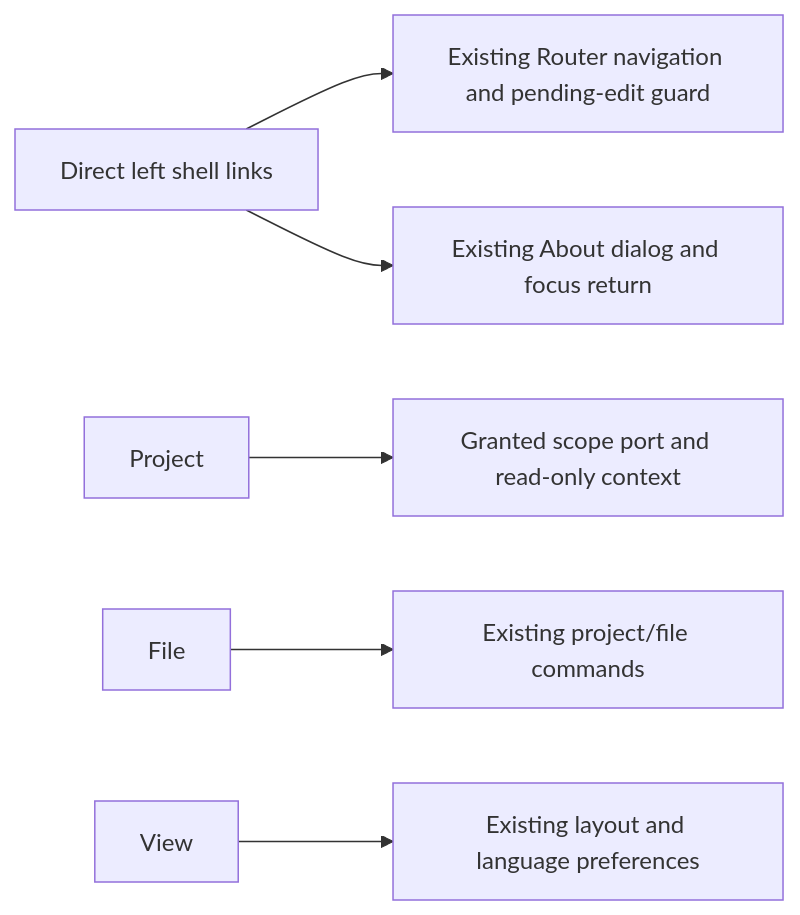
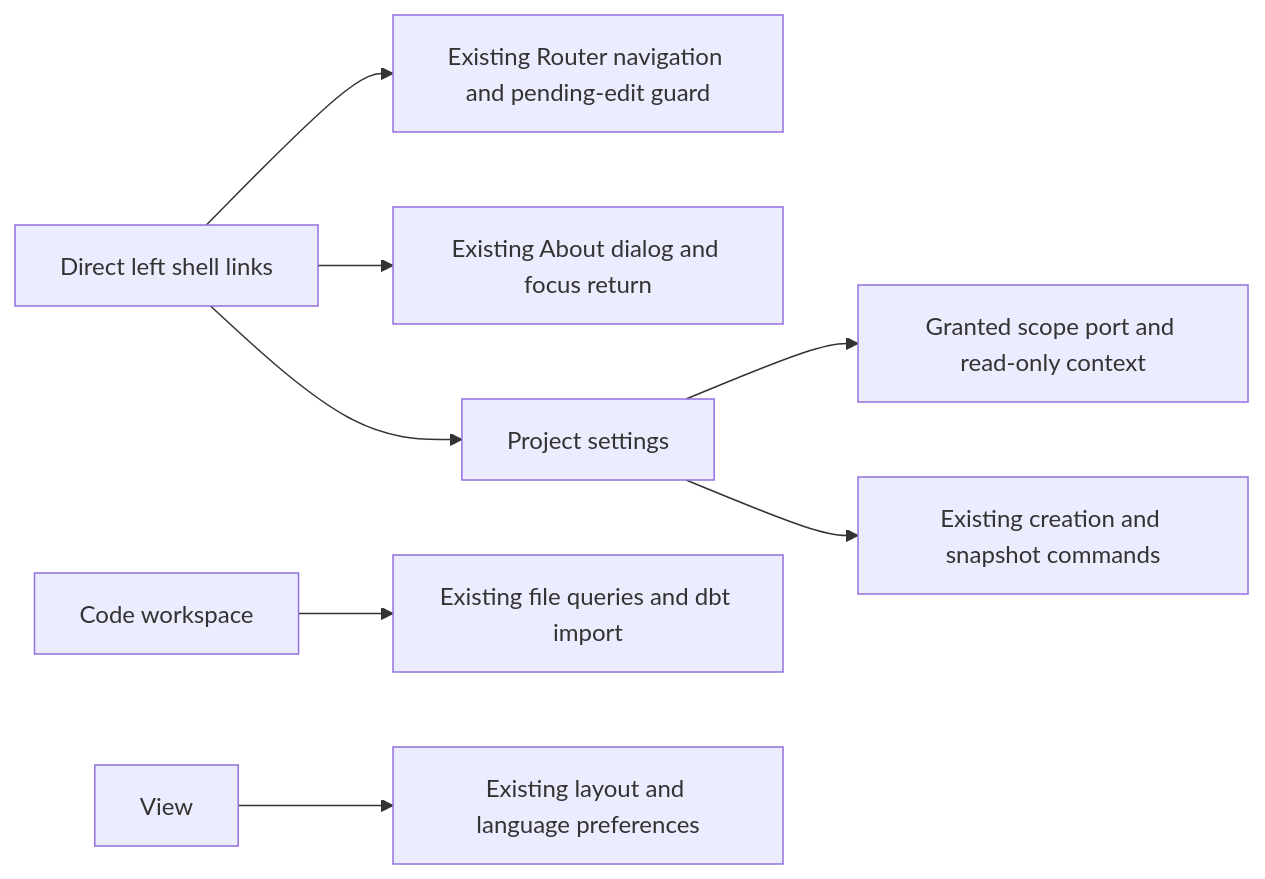
One commit to dunay2/dvt changed the fourth of 20 diagrams in docs/architecture/components/web/graph/canvas-shell-component.md. Above: the diagram before and after it, drawn with Mermaid. The commit also changed other lines of this file and 58 other files, not shown here.

Commit message:
refactor(web): Consolidate project settings in the rail and file actions in Code (#3845)

````diff
--- a/docs/architecture/components/web/graph/canvas-shell-component.md
+++ b/docs/architecture/components/web/graph/canvas-shell-component.md
@@ -299,8 +300,10 @@
 ```mermaid
 flowchart LR
   Rail[Direct left shell links] --> Routes[Existing Router navigation and pending-edit guard]
   Rail --> About[Existing About dialog and focus return]
-  Project[Project] --> Scope[Granted scope port and read-only context]
-  File[File] --> Contribution[Existing project/file commands]
+  Rail --> Project[Project settings]
+  Project --> Scope[Granted scope port and read-only context]
+  Project --> Contribution[Existing creation and snapshot commands]
+  Code[Code workspace] --> Files[Existing file queries and dbt import]
   View[View] --> Layout[Existing layout and language preferences]
 ```
````
